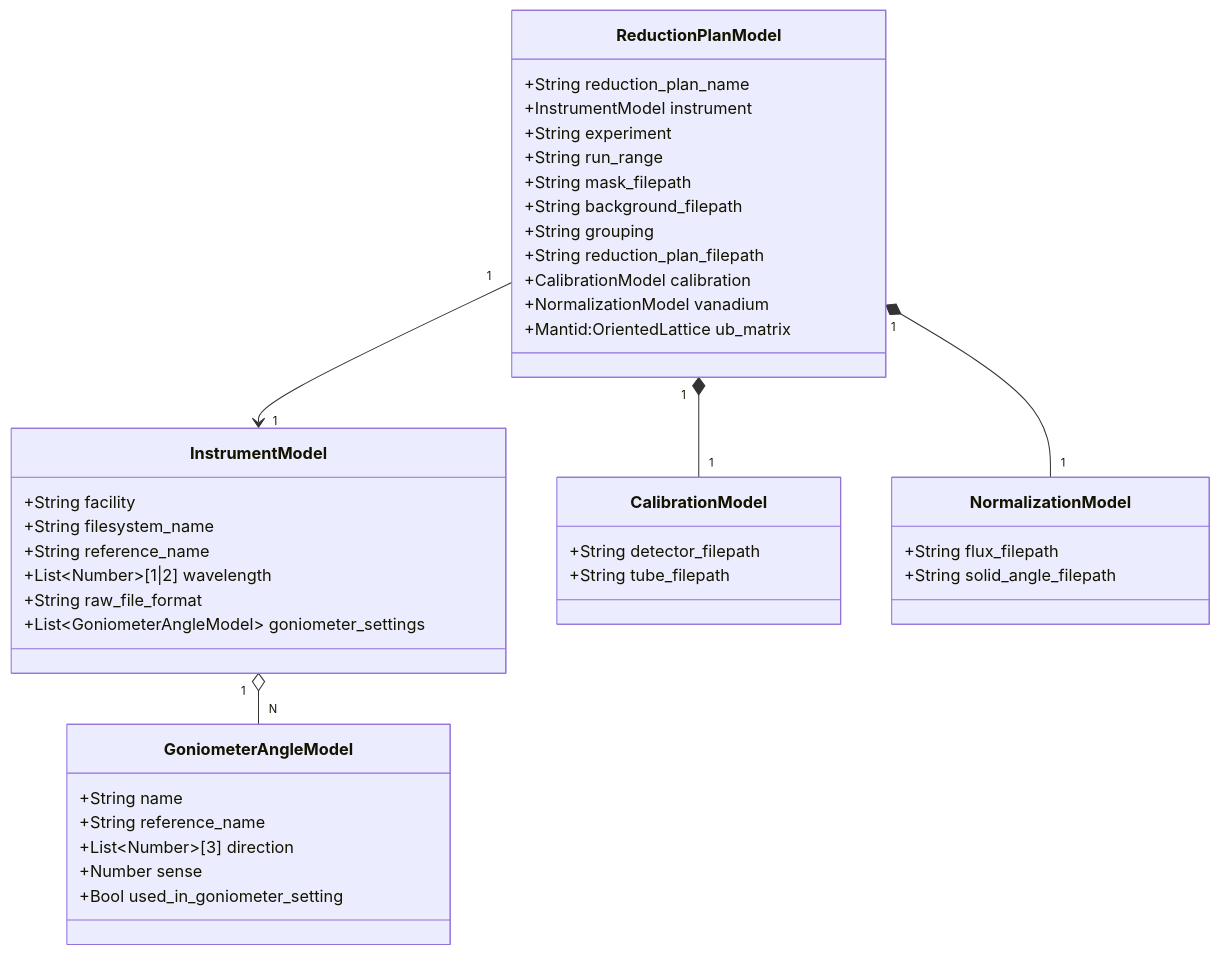
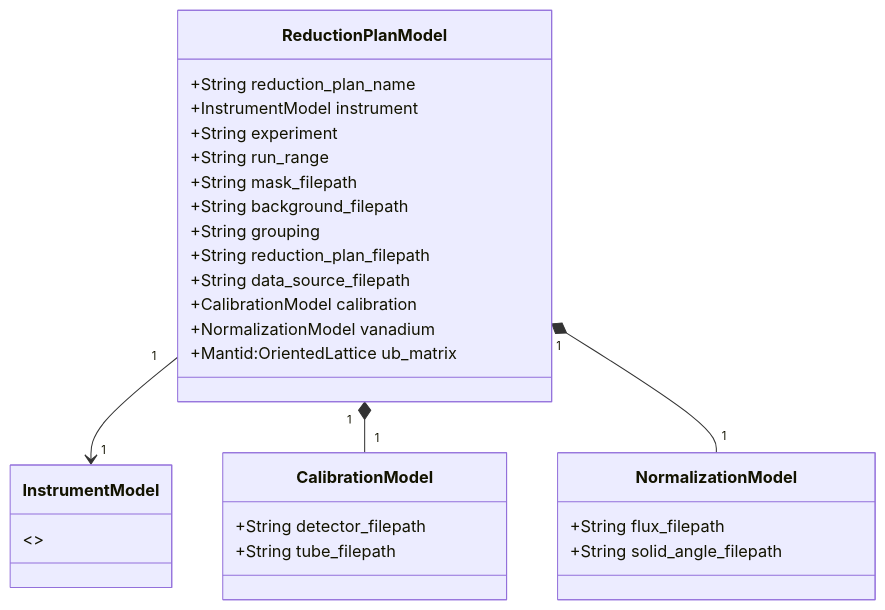
Before and after one commit to neutrons/garnet: the diagram in docs/source/design/reduction_plan.rst, drawn with Mermaid. The commit also changed other lines of this file and 4 other files, not shown here.

First line of the commit message:
PyOnCat MVP and Rest Schema Updates (#20)

```diff
--- a/docs/source/design/reduction_plan.rst
+++ b/docs/source/design/reduction_plan.rst
@@ -7,48 +11,36 @@
 .. mermaid::
 
  classDiagram
     ReductionPlanModel "1" -->"1" InstrumentModel
     ReductionPlanModel "1" *--"1" CalibrationModel
     ReductionPlanModel "1" *--"1" NormalizationModel
-    InstrumentModel "1" o--"N" GoniometerAngleModel
 
     class ReductionPlanModel{
         +String reduction_plan_name
         +InstrumentModel instrument
         +String experiment
         +String run_range
         +String mask_filepath
         +String background_filepath
         +String grouping
         +String reduction_plan_filepath
+        +String data_source_filepath
         +CalibrationModel calibration
         +NormalizationModel vanadium
         +Mantid:OrientedLattice ub_matrix
     }
 
     class InstrumentModel{
-        +String facility
-        +String filesystem_name
-        +String reference_name
-        +List~Number~[1|2] wavelength
-        +String raw_file_format
-        +List~GoniometerAngleModel~ goniometer_settings
+        <>
     }
 
-    class GoniometerAngleModel{
-        +String name
-        +String reference_name
-        +List~Number~[3] direction
-        +Number sense
-        +Bool used_in_goniometer_setting
-    }
 
     class CalibrationModel{
         +String detector_filepath
         +String tube_filepath
     }
 
     class NormalizationModel{
         +String flux_filepath
         +String solid_angle_filepath
     }
```
